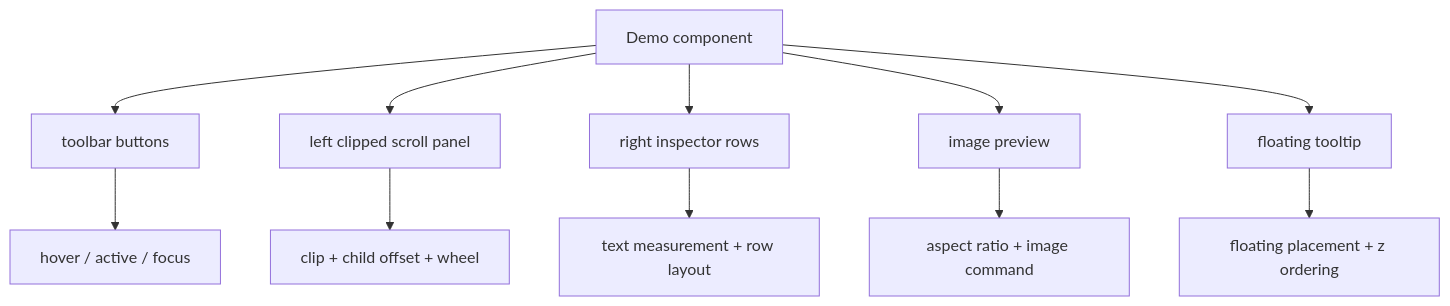
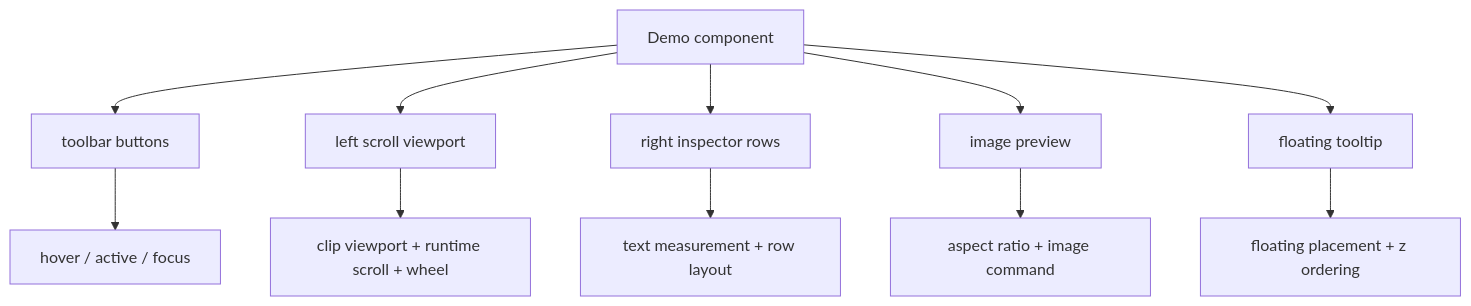
Before and after one commit to cperion/terraui: the first of 2 diagrams in docs/design/04-prototype-and-open-questions.md, drawn with Mermaid. The commit also changed other lines of this file and 35 other files, not shown here.

````diff
--- a/docs/design/04-prototype-and-open-questions.md
+++ b/docs/design/04-prototype-and-open-questions.md
@@ -37,14 +37,14 @@
 ```mermaid
 flowchart TB
     A[Demo component] --> B[toolbar buttons]
-    A --> C[left clipped scroll panel]
+    A --> C[left scroll viewport]
     A --> D[right inspector rows]
     A --> E[image preview]
     A --> F[floating tooltip]
 
     B --> G[hover / active / focus]
-    C --> H[clip + child offset + wheel]
+    C --> H[clip viewport + runtime scroll + wheel]
     D --> I[text measurement + row layout]
     E --> J[aspect ratio + image command]
     F --> K[floating placement + z ordering]
 ```
````
